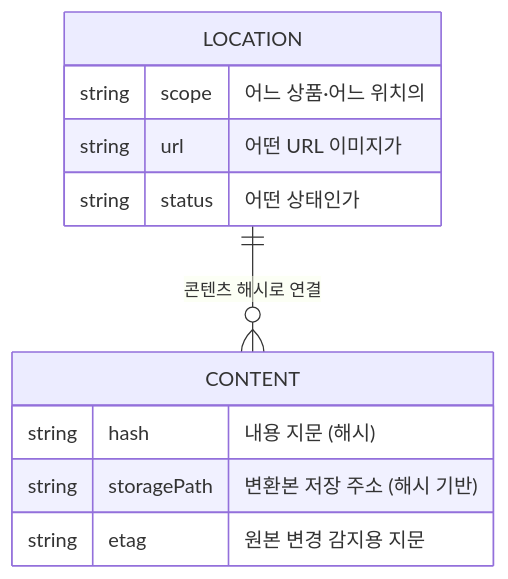
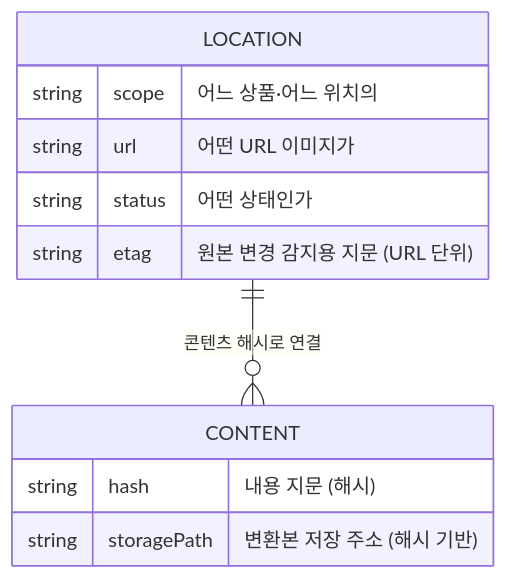
The diagram in cafe24-webp-optimizer/docs/architecture.md (jinseungyeol/case-studies), drawn with Mermaid before and after one commit. The commit also changed 6 other files, not shown here.

````diff
--- a/cafe24-webp-optimizer/docs/architecture.md
+++ b/cafe24-webp-optimizer/docs/architecture.md
@@ -17,14 +17,14 @@
 ```mermaid
 erDiagram
     LOCATION ||--o{ CONTENT : "콘텐츠 해시로 연결"
     LOCATION {
         string scope "어느 상품·어느 위치의"
         string url "어떤 URL 이미지가"
         string status "어떤 상태인가"
+        string etag "원본 변경 감지용 지문 (URL 단위)"
     }
     CONTENT {
         string hash "내용 지문 (해시)"
         string storagePath "변환본 저장 주소 (해시 기반)"
-        string etag "원본 변경 감지용 지문"
     }
 ```
````
